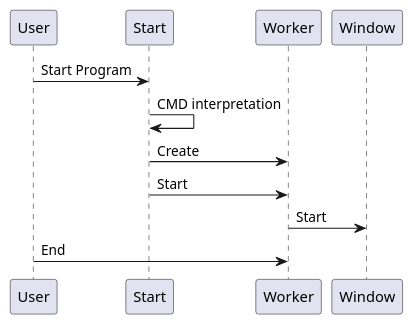
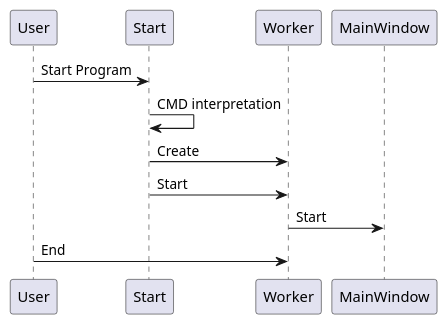
Before and after one commit to NSAandYou/Netzwerkscanner: the second of 2 diagrams in Seminar.puml, drawn with PlantUML. The commit also changed other lines of this file and 7 other files, not shown here.

```diff
--- a/Seminar.puml
+++ b/Seminar.puml
@@ -14,9 +17,9 @@
 @startuml
     User -> Start: Start Program
     Start -> Start: CMD interpretation
     Start -> Worker: Create
     Start -> Worker: Start
-    Worker -> Window: Start
+    Worker -> MainWindow: Start
 
     User -> Worker: End
 @enduml
```
